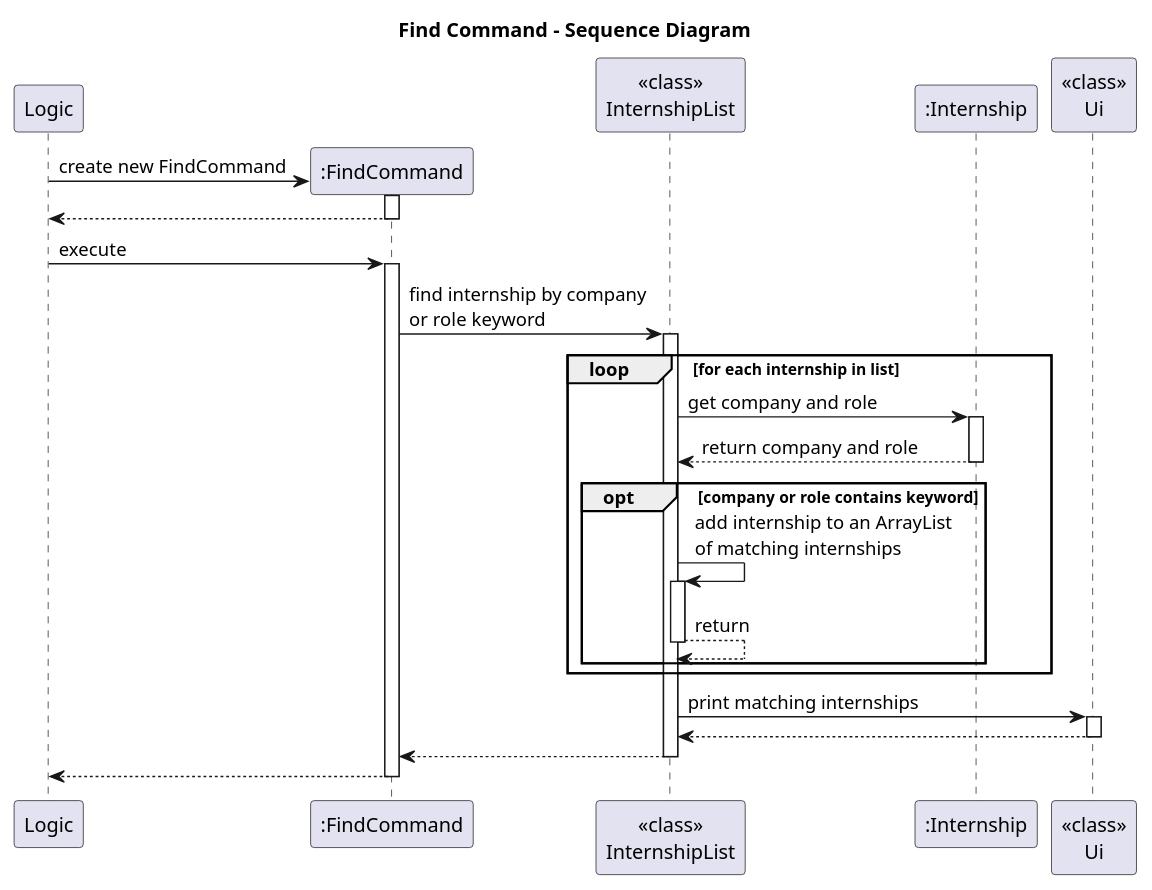
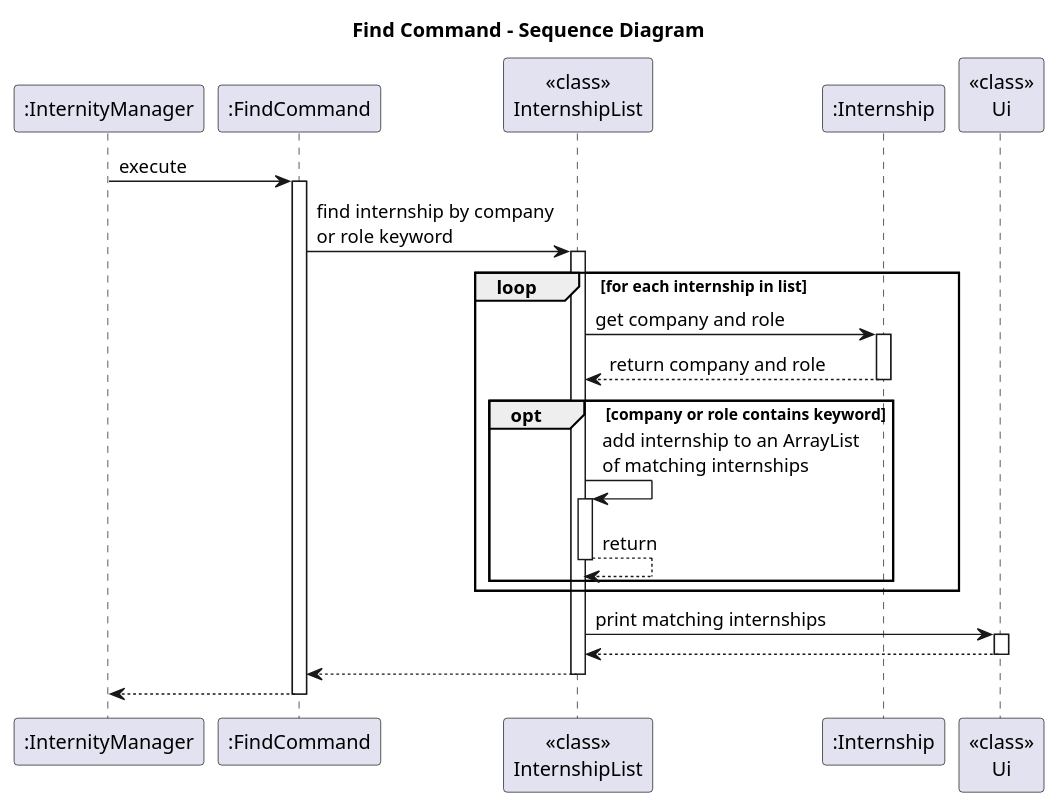
One commit to AY2526S1-CS2113-W14-4/tp changed the diagram in docs/diagrams/FindCommandSD.puml. Above: the diagram before and after it, drawn with PlantUML. The commit also changed 15 other files, not shown here.

Commit message:
Fix more UML diagrams

```diff
--- a/docs/diagrams/FindCommandSD.puml
+++ b/docs/diagrams/FindCommandSD.puml
@@ -1,44 +1,41 @@
 @startuml
 title Find Command - Sequence Diagram
 
-participant Logic
+participant ":InternityManager" as Logic
 participant ":FindCommand" as FC
 participant "<<class>>\nInternshipList" as IL
 participant ":Internship" as IN
 participant "<<class>>\nUi" as Ui
 
-Logic -> FC**: create new FindCommand
-activate FC
-return
 
 Logic -> FC: execute
 activate FC
 
 FC -> IL: find internship by company\nor role keyword
 activate IL
 
 loop for each internship in list
     IL -> IN: get company and role
     activate IN
     IN --> IL: return company and role
     deactivate IN
     opt company or role contains keyword
         IL -> IL: add internship to an ArrayList\nof matching internships
         activate IL
         IL --> IL: return
         deactivate IL
     end
 end
 
 IL -> Ui: print matching internships
 activate Ui
 Ui --> IL
 deactivate Ui
 
 IL --> FC
 deactivate IL
 
 FC --> Logic
 deactivate FC
 
 @enduml
```
